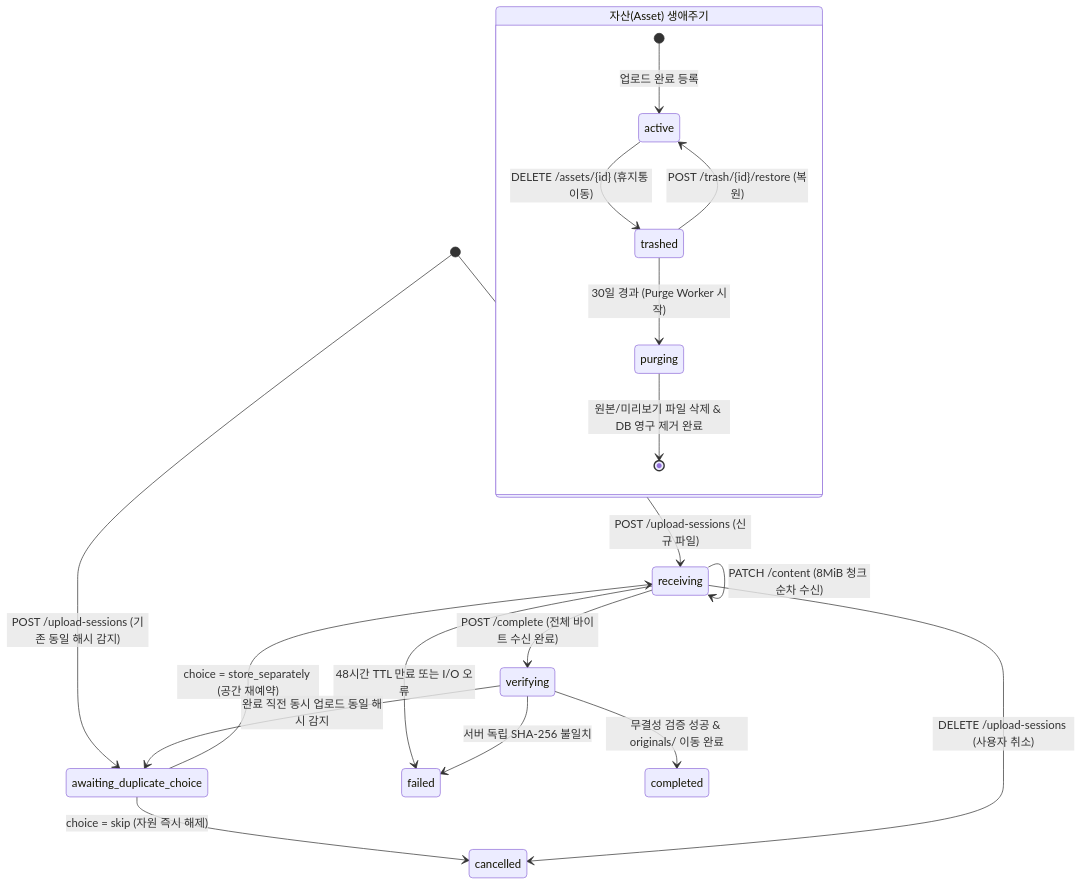
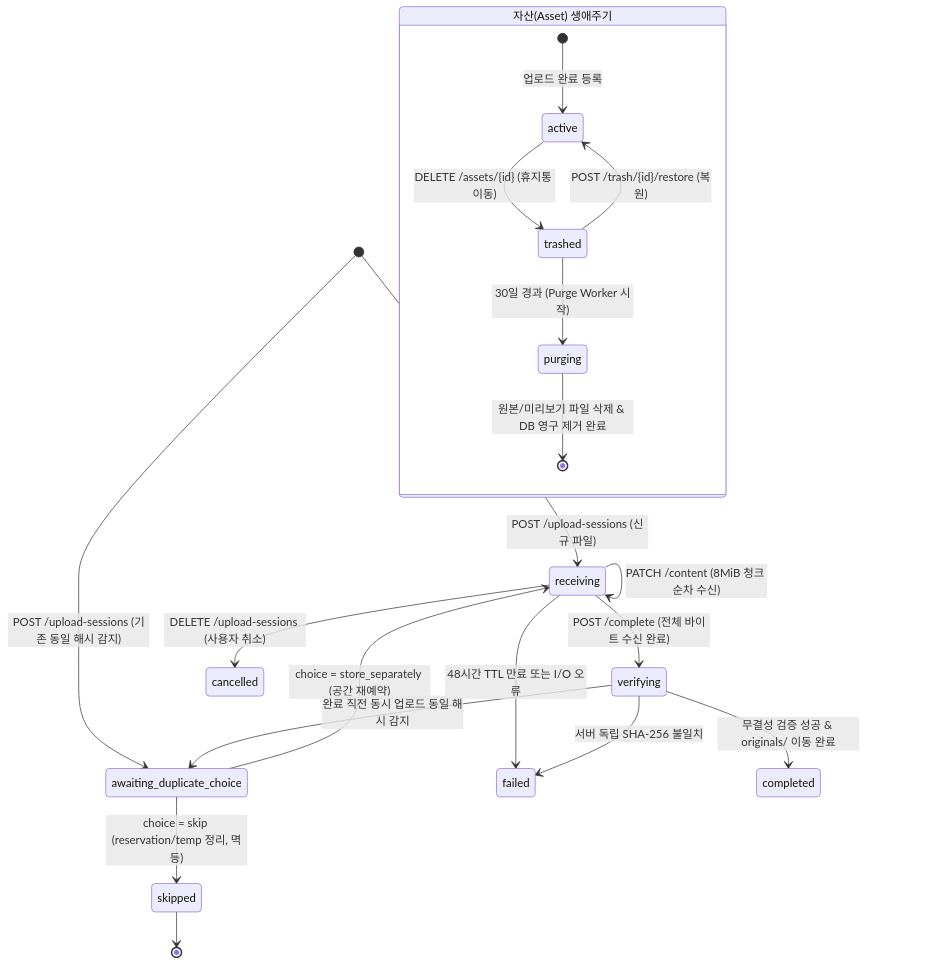
Before and after one commit to upple/design-docs: the third of 5 diagrams in photo-backup/ARCHITECTURE.md, drawn with Mermaid. The commit also changed other lines of this file and 8 other files, not shown here.

````diff
--- a/photo-backup/ARCHITECTURE.md
+++ b/photo-backup/ARCHITECTURE.md
@@ -202,25 +223,26 @@
 ```mermaid
 stateDiagram-v2
     [*] --> receiving: POST /upload-sessions (신규 파일)
     [*] --> awaiting_duplicate_choice: POST /upload-sessions (기존 동일 해시 감지)
 
-    awaiting_duplicate_choice --> cancelled: choice = skip (자원 즉시 해제)
+    awaiting_duplicate_choice --> skipped: choice = skip (reservation/temp 정리, 멱등)
     awaiting_duplicate_choice --> receiving: choice = store_separately (공간 재예약)
+    skipped --> [*]
 
     receiving --> receiving: PATCH /content (8MiB 청크 순차 수신)
     receiving --> verifying: POST /complete (전체 바이트 수신 완료)
     receiving --> cancelled: DELETE /upload-sessions (사용자 취소)
     receiving --> failed: 48시간 TTL 만료 또는 I/O 오류
 
     verifying --> awaiting_duplicate_choice: 완료 직전 동시 업로드 동일 해시 감지
     verifying --> failed: 서버 독립 SHA-256 불일치
     verifying --> completed: 무결성 검증 성공 & originals/ 이동 완료
 
     state "자산(Asset) 생애주기" as AssetLifecycle {
         [*] --> active: 업로드 완료 등록
         active --> trashed: DELETE /assets/{id} (휴지통 이동)
         trashed --> active: POST /trash/{id}/restore (복원)
         trashed --> purging: 30일 경과 (Purge Worker 시작)
         purging --> [*]: 원본/미리보기 파일 삭제 & DB 영구 제거 완료
     }
 ```
````
